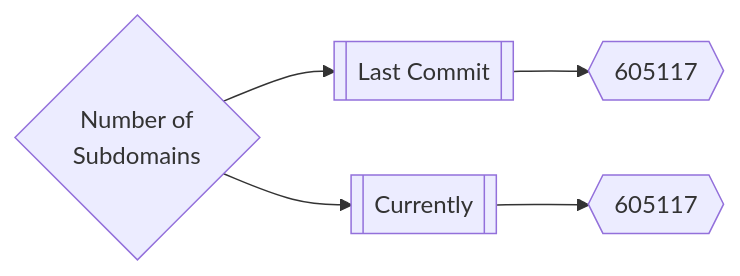
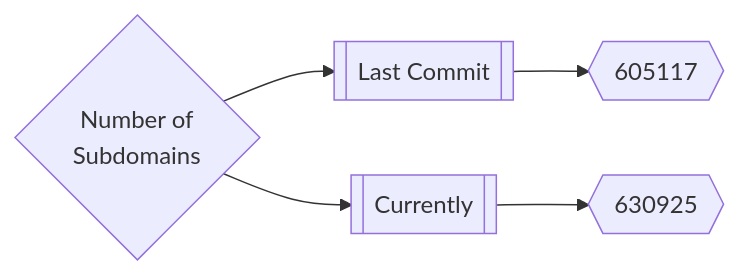
Before and after one commit to trickest/inventory: the first of 3 diagrams in README.md, drawn with Mermaid. The commit also changed other lines of this file and 102 other files, not shown here.

````diff
--- a/README.md
+++ b/README.md
@@ -165,5 +165,5 @@
 ```mermaid
 graph LR
 title{Number of<br>Subdomains} --> subdomainsDate1[[Last Commit]] --> subdomainsNum1{{605117}}
-title --> subdomainsDate2[[Currently]] --> subdomainsNum2{{605117}}
+title --> subdomainsDate2[[Currently]] --> subdomainsNum2{{630925}}
 ```
````
